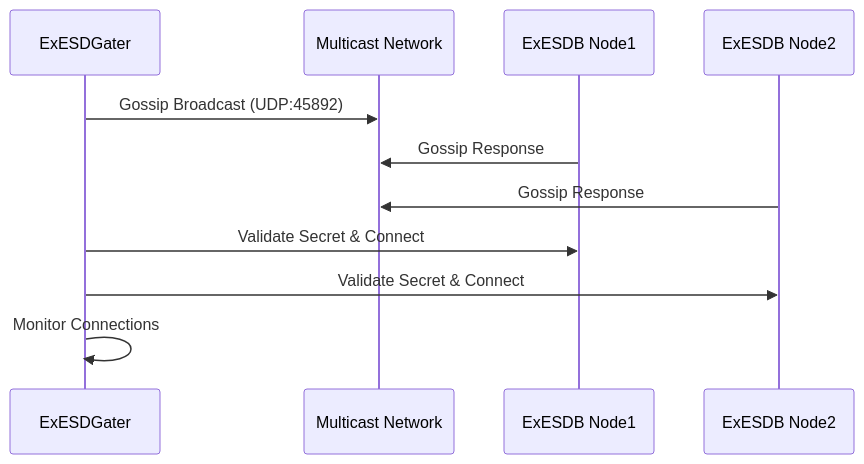
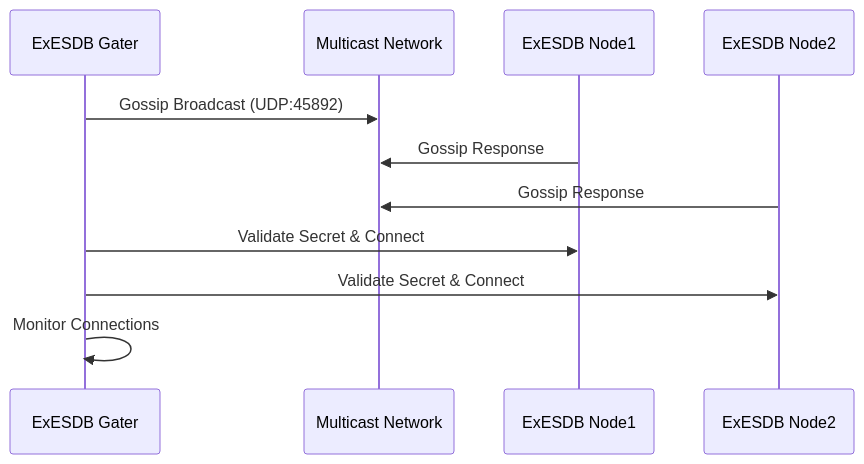
Before and after one commit to beam-campus/ex-esdb-gater: the diagram in system/guides/getting_started.md, drawn with Mermaid. The commit also changed other lines of this file and 14 other files, not shown here.

````diff
--- a/system/guides/getting_started.md
+++ b/system/guides/getting_started.md
@@ -221,14 +221,14 @@
 ```mermaid
 sequenceDiagram
-    participant G as ExESDGater
+    participant G as ExESDB Gater
     participant N as Multicast Network
     participant E1 as ExESDB Node1
     participant E2 as ExESDB Node2
     
     G->>N: Gossip Broadcast (UDP:45892)
     E1->>N: Gossip Response
     E2->>N: Gossip Response
     G->>E1: Validate Secret & Connect
     G->>E2: Validate Secret & Connect
     G->>G: Monitor Connections
 ```
````
